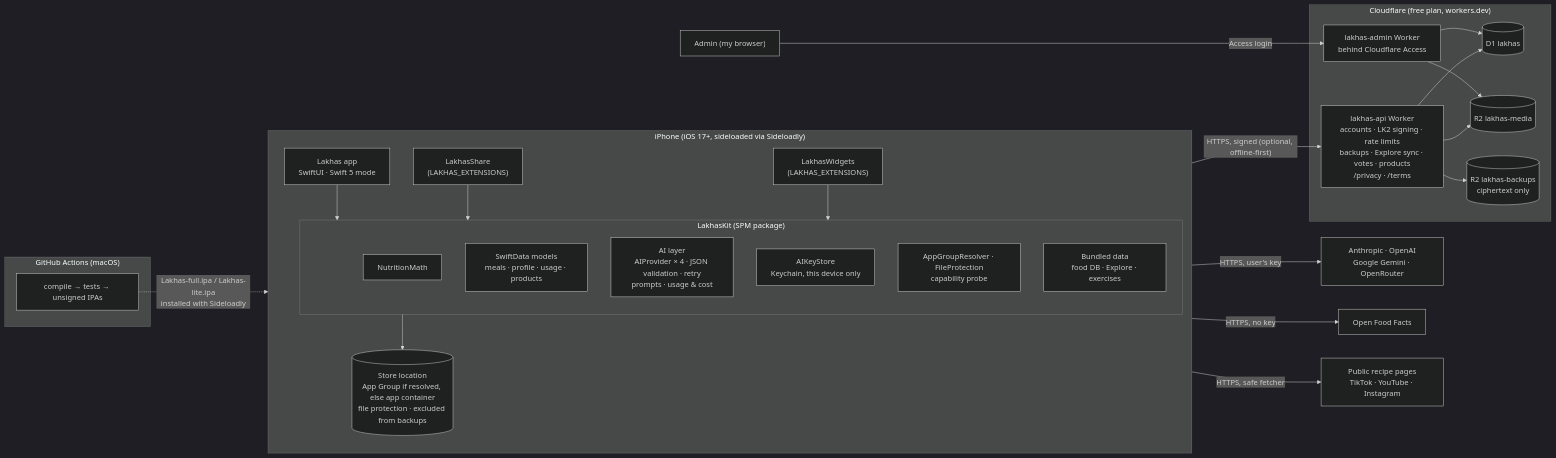
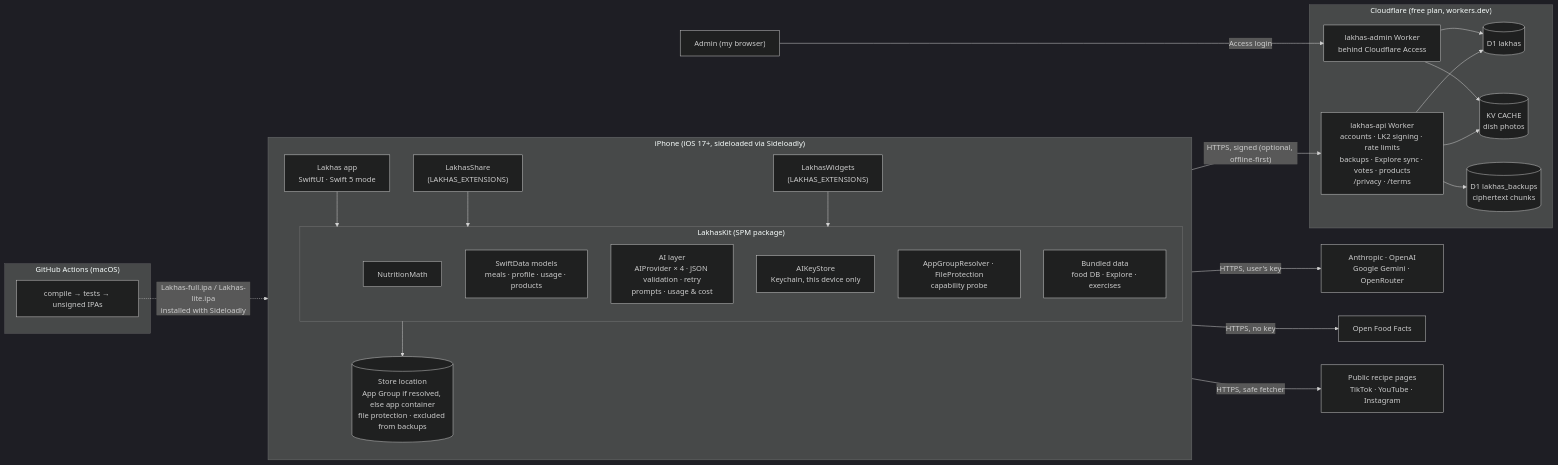
The diagram in docs/architecture.md (KhaledZaki1919/lakhas), drawn with Mermaid (dark theme) before and after one commit. The commit also changed other lines of this file and 3 other files, not shown here.

````diff
--- a/docs/architecture.md
+++ b/docs/architecture.md
@@ -11,46 +11,46 @@
 ```mermaid
 flowchart LR
   subgraph Device["iPhone (iOS 17+, sideloaded via Sideloadly)"]
     direction TB
     App["Lakhas app<br/>SwiftUI · Swift 5 mode"]
     Share["LakhasShare<br/>(LAKHAS_EXTENSIONS)"]
     Widgets["LakhasWidgets<br/>(LAKHAS_EXTENSIONS)"]
     subgraph Kit["LakhasKit (SPM package)"]
       NM["NutritionMath"]
       Models["SwiftData models<br/>meals · profile · usage · products"]
       AI["AI layer<br/>AIProvider × 4 · JSON validation · retry<br/>prompts · usage & cost"]
       Keys["AIKeyStore<br/>Keychain, this device only"]
       Env["AppGroupResolver · FileProtection<br/>capability probe"]
       Data["Bundled data<br/>food DB · Explore · exercises"]
     end
     Store[("Store location<br/>App Group if resolved, else app container<br/>file protection · excluded from backups")]
     App --> Kit
     Share --> Kit
     Widgets --> Kit
     Kit --> Store
   end
 
   subgraph CI["GitHub Actions (macOS)"]
     Build["compile → tests → unsigned IPAs"]
   end
   Build -. "Lakhas-full.ipa / Lakhas-lite.ipa<br/>installed with Sideloadly" .-> Device
 
   AI -- "HTTPS, user's key" --> Providers["Anthropic · OpenAI<br/>Google Gemini · OpenRouter"]
   App -- "HTTPS, no key" --> OFF["Open Food Facts"]
   App -- "HTTPS, safe fetcher" --> Pages["Public recipe pages<br/>TikTok · YouTube · Instagram"]
 
   subgraph CF["Cloudflare (free plan, workers.dev)"]
     API["lakhas-api Worker<br/>accounts · LK2 signing · rate limits<br/>backups · Explore sync · votes · products<br/>/privacy · /terms"]
     Admin["lakhas-admin Worker<br/>behind Cloudflare Access"]
     D1[("D1 lakhas")]
-    R2M[("R2 lakhas-media")]
-    R2B[("R2 lakhas-backups<br/>ciphertext only")]
+    KV[("KV CACHE<br/>dish photos")]
+    D1B[("D1 lakhas_backups<br/>ciphertext chunks")]
     API --> D1
-    API --> R2M
-    API --> R2B
+    API --> KV
+    API --> D1B
     Admin --> D1
-    Admin --> R2M
+    Admin --> KV
   end
   App -- "HTTPS, signed (optional, offline-first)" --> API
   Me["Admin (my browser)"] -- "Access login" --> Admin
 ```
````
